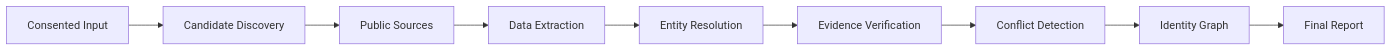
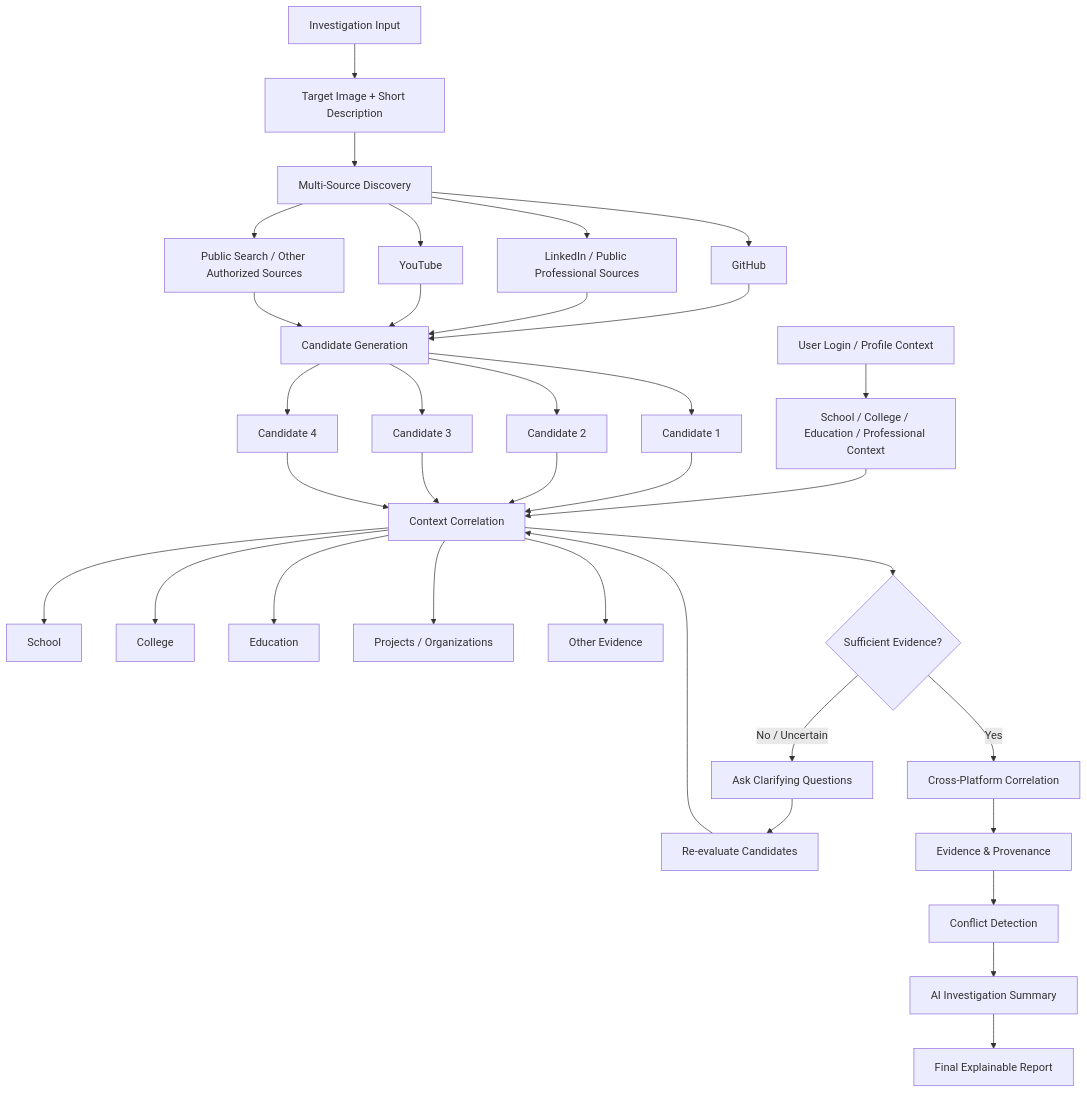
Before and after one commit to abdulkani007/PRISM: the diagram in README.md, drawn with Mermaid. The commit also changed other lines of this file, not shown here.

Commit message:
docs: optimize README for hackathon first evaluation with exact multi-candidate workflow

````diff
--- a/README.md
+++ b/README.md
@@ -72,11 +52,85 @@
 ```mermaid
-flowchart LR
-    A[Consented Input] --> B[Candidate Discovery]
-    B --> C[Public Sources]
-    C --> D[Data Extraction]
-    D --> E[Entity Resolution]
-    E --> F[Evidence Verification]
-    F --> G[Conflict Detection]
-    G --> H[Identity Graph]
-    H --> I[Final Report]
+flowchart TD
+
+A[User Login / Profile Context]
+B[School / College / Education / Professional Context]
+
+C[Investigation Input]
+D[Target Image + Short Description]
+
+E[Multi-Source Discovery]
+F[GitHub]
+G[LinkedIn / Public Professional Sources]
+H[YouTube]
+I[Public Search / Other Authorized Sources]
+
+J[Candidate Generation]
+K[Candidate 1]
+L[Candidate 2]
+M[Candidate 3]
+N[Candidate 4]
+
+O[Context Correlation]
+P[School]
+Q[College]
+R[Education]
+S[Projects / Organizations]
+T[Other Evidence]
+
+U{Sufficient Evidence?}
+
+V[Ask Clarifying Questions]
+W[Re-evaluate Candidates]
+
+X[Cross-Platform Correlation]
+Y[Evidence & Provenance]
+Z[Conflict Detection]
+
+AA[AI Investigation Summary]
+AB[Final Explainable Report]
+
+A --> B
+B --> O
+
+C --> D
+D --> E
+
+E --> F
+E --> G
+E --> H
+E --> I
+
+F --> J
+G --> J
+H --> J
+I --> J
+
+J --> K
+J --> L
+J --> M
+J --> N
+
+K --> O
+L --> O
+M --> O
+N --> O
+
+O --> P
+O --> Q
+O --> R
+O --> S
+O --> T
+
+O --> U
+
+U -- "No / Uncertain" --> V
+V --> W
+W --> O
+
+U -- "Yes" --> X
+
+X --> Y
+Y --> Z
+Z --> AA
+AA --> AB
 ```
````
